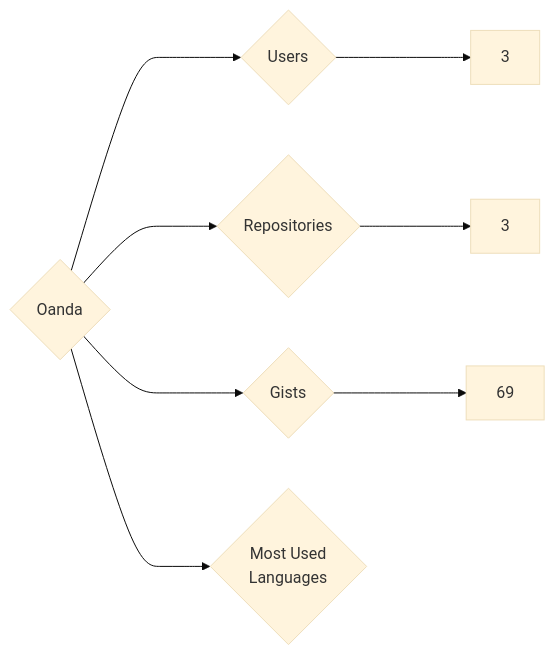
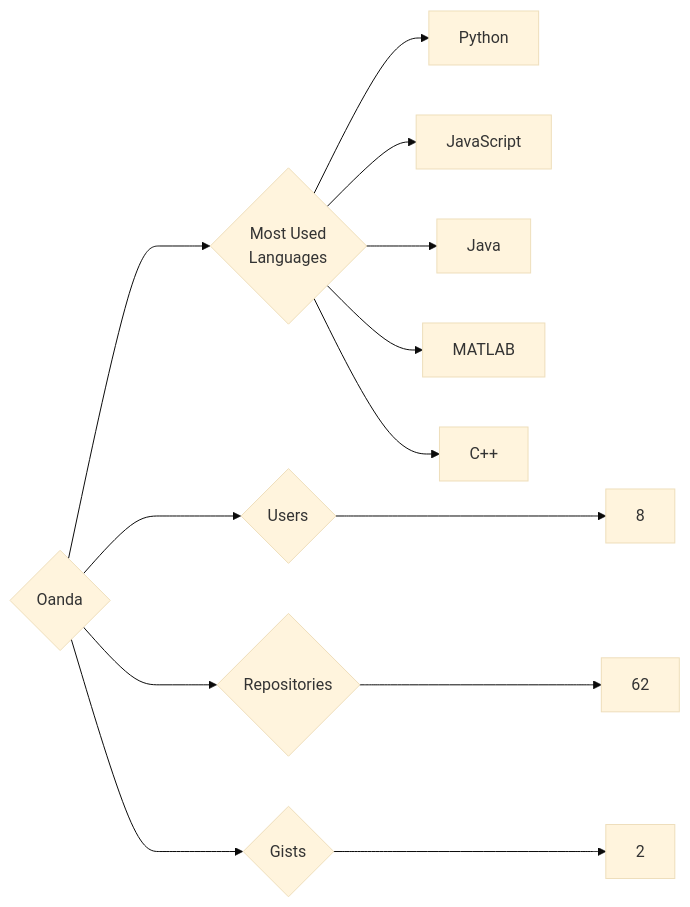
The diagram in targets/Oanda/README.md (trickest/insiders), drawn with Mermaid (base theme) before and after one commit. The commit also changed 1696 other files, not shown here.

````diff
--- a/targets/Oanda/README.md
+++ b/targets/Oanda/README.md
@@ -3,8 +3,13 @@
 ```mermaid
 graph LR
 COMPANY_NAME{Oanda}
-COMPANY_NAME ---> U{Users} ---> UN[3]
-COMPANY_NAME ---> R{Repositories} ---> RN[3]
-COMPANY_NAME ---> G{Gists} ---> GN[69]
+COMPANY_NAME ---> U{Users} ---> UN[8]
+COMPANY_NAME ---> R{Repositories} ---> RN[62]
+COMPANY_NAME ---> G{Gists} ---> GN[2]
 COMPANY_NAME ---> ML{Most Used<br>Languages}
+ML --> Python[Python]
+ML --> JavaScript[JavaScript]
+ML --> Java[Java]
+ML --> MATLAB[MATLAB]
+ML --> C++[C++]
 ```
````
